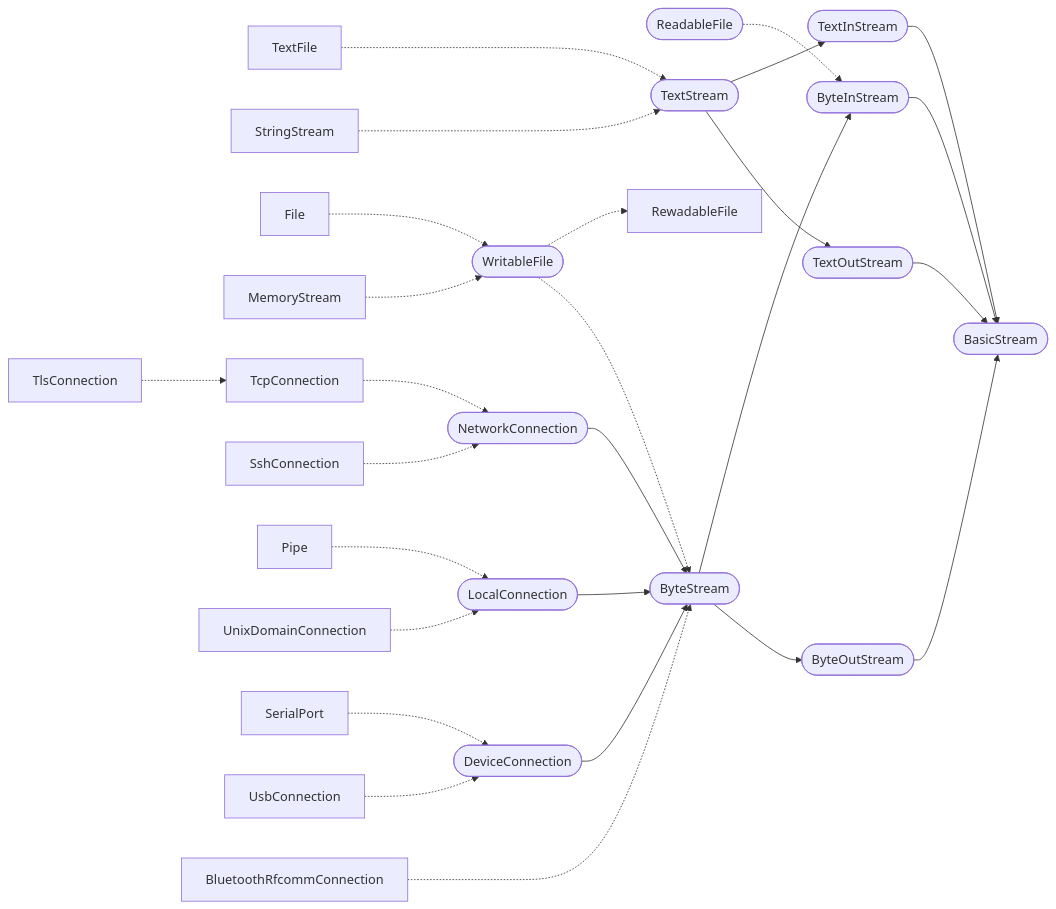
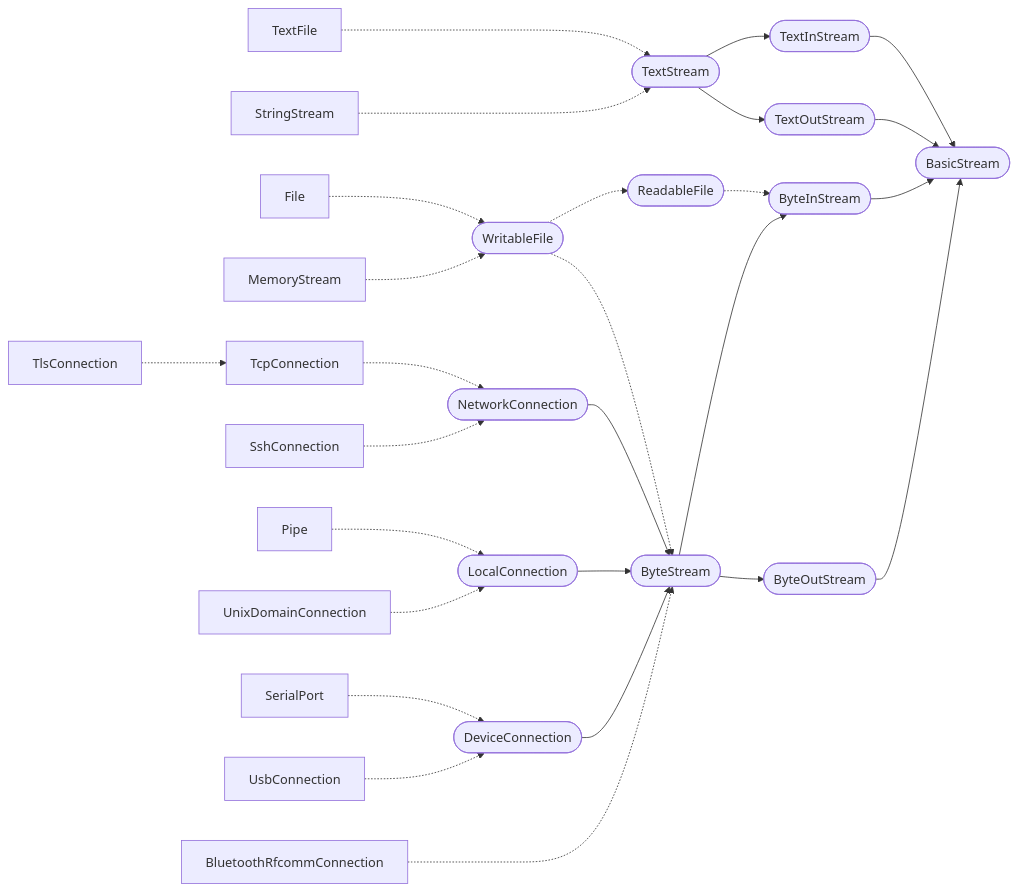
One commit to laro/Cilia changed the diagram in 2 Standard Lib/6 Stream, File & CLI.md. Above: the diagram before and after it, drawn with Mermaid.

Commit message:
Fix typo in WritableFile relationship

````diff
--- a/2 Standard Lib/6 Stream, File & CLI.md
+++ b/2 Standard Lib/6 Stream, File & CLI.md
@@ -280,68 +280,68 @@
 ```mermaid
 flowchart LR
     BasicStream([BasicStream])
 
     ReadableFile([ReadableFile])
     WritableFile([WritableFile])
 
     TextStream([TextStream])
     TextInStream([TextInStream])
     TextOutStream([TextOutStream])
 
     TextFile[TextFile]
     StringStream[StringStream]
 
     ByteStream([ByteStream])
     ByteInStream([ByteInStream])
     ByteOutStream([ByteOutStream])
     
     File[File]
     MemoryStream[MemoryStream]
     NetworkConnection([NetworkConnection])
     TcpConnection[TcpConnection]
     TlsConnection[TlsConnection]
     SshConnection[SshConnection]
     LocalConnection([LocalConnection])
     Pipe[Pipe]
     UnixDomainConnection[UnixDomainConnection]
     DeviceConnection([DeviceConnection])
     SerialPort[SerialPort]
     UsbConnection[UsbConnection]
     BluetoothRfcommConnection[BluetoothRfcommConnection]
     
     TextFile -..-> TextStream
     StringStream -..-> TextStream
 
     TextStream --> TextInStream
     TextStream --> TextOutStream
 
     TextInStream --> BasicStream
     TextOutStream --> BasicStream
 
     File -.-> WritableFile
     MemoryStream -.-> WritableFile
-    WritableFile -.-> RewadableFile
+    WritableFile -.-> ReadableFile
     WritableFile -.-> ByteStream
     ReadableFile -.-> ByteInStream
 
     NetworkConnection --> ByteStream
     LocalConnection --> ByteStream
     DeviceConnection --> ByteStream
     BluetoothRfcommConnection -..-> ByteStream
     
     TcpConnection -.-> NetworkConnection
     TlsConnection -.-> TcpConnection
     SshConnection -.-> NetworkConnection
     
     Pipe -.-> LocalConnection
     UnixDomainConnection -.-> LocalConnection
     
     SerialPort -.-> DeviceConnection
     UsbConnection -.-> DeviceConnection
     
     ByteStream --> ByteInStream
     ByteStream --> ByteOutStream
 
     ByteInStream --> BasicStream
     ByteOutStream --> BasicStream
 ```
````
